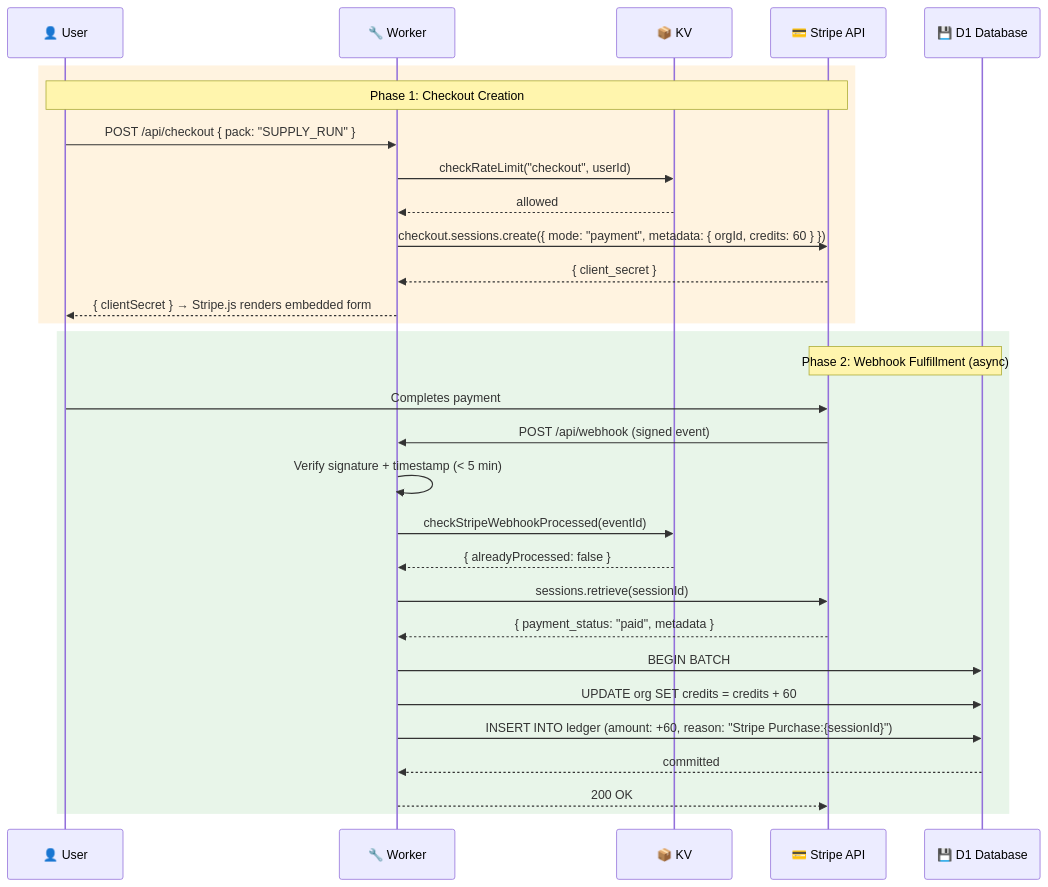
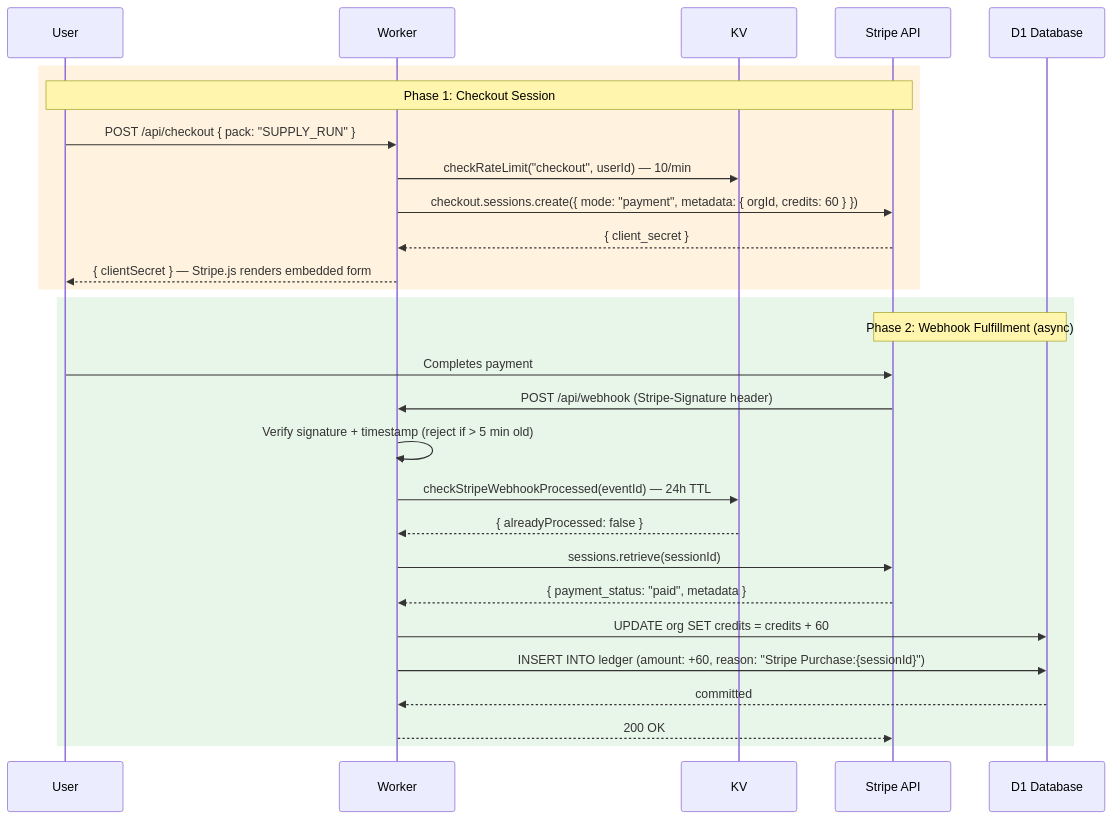
One commit to bjamesdowning/ration-mirror changed the fourth of 16 diagrams in README.md. Above: the diagram before and after it, drawn with Mermaid. The commit also changed other lines of this file and 1 other file, not shown here.

````diff
--- a/README.md
+++ b/README.md
@@ -269,36 +267,32 @@
 ```mermaid
 sequenceDiagram
-    participant User as 👤 User
-    participant Worker as 🔧 Worker
-    participant KV as 📦 KV
-    participant Stripe as 💳 Stripe API
-    participant D1 as 💾 D1 Database
+    participant User as User
+    participant Worker as Worker
+    participant KV as KV
+    participant Stripe as Stripe API
+    participant D1 as D1 Database
 
     rect rgb(255, 243, 224)
-        Note over User,Stripe: Phase 1: Checkout Creation
+        Note over User,Stripe: Phase 1: Checkout Session
         User->>Worker: POST /api/checkout { pack: "SUPPLY_RUN" }
-        Worker->>KV: checkRateLimit("checkout", userId)
-        KV-->>Worker: allowed
+        Worker->>KV: checkRateLimit("checkout", userId) — 10/min
         Worker->>Stripe: checkout.sessions.create({ mode: "payment", metadata: { orgId, credits: 60 } })
         Stripe-->>Worker: { client_secret }
-        Worker-->>User: { clientSecret } → Stripe.js renders embedded form
+        Worker-->>User: { clientSecret } — Stripe.js renders embedded form
     end
 
     rect rgb(232, 245, 233)
         Note over Stripe,D1: Phase 2: Webhook Fulfillment (async)
         User->>Stripe: Completes payment
-        Stripe->>Worker: POST /api/webhook (signed event)
-        Worker->>Worker: Verify signature + timestamp (< 5 min)
-        Worker->>KV: checkStripeWebhookProcessed(eventId)
+        Stripe->>Worker: POST /api/webhook (Stripe-Signature header)
+        Worker->>Worker: Verify signature + timestamp (reject if > 5 min old)
+        Worker->>KV: checkStripeWebhookProcessed(eventId) — 24h TTL
         KV-->>Worker: { alreadyProcessed: false }
-
         Worker->>Stripe: sessions.retrieve(sessionId)
         Stripe-->>Worker: { payment_status: "paid", metadata }
-        
-        Worker->>D1: BEGIN BATCH
         Worker->>D1: UPDATE org SET credits = credits + 60
         Worker->>D1: INSERT INTO ledger (amount: +60, reason: "Stripe Purchase:{sessionId}")
         D1-->>Worker: committed
         Worker-->>Stripe: 200 OK
     end
 ```
````
